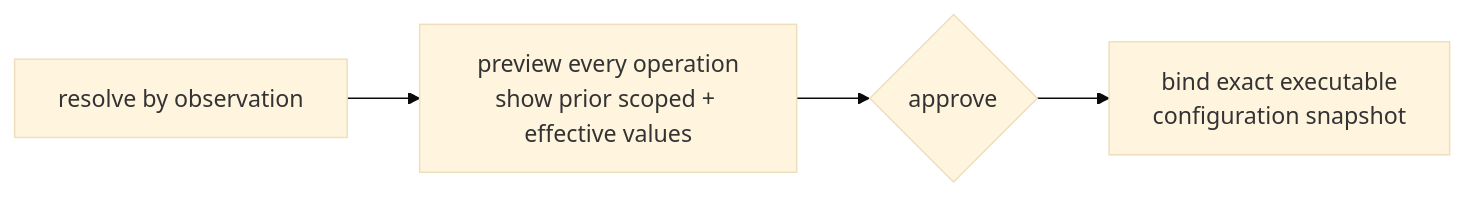
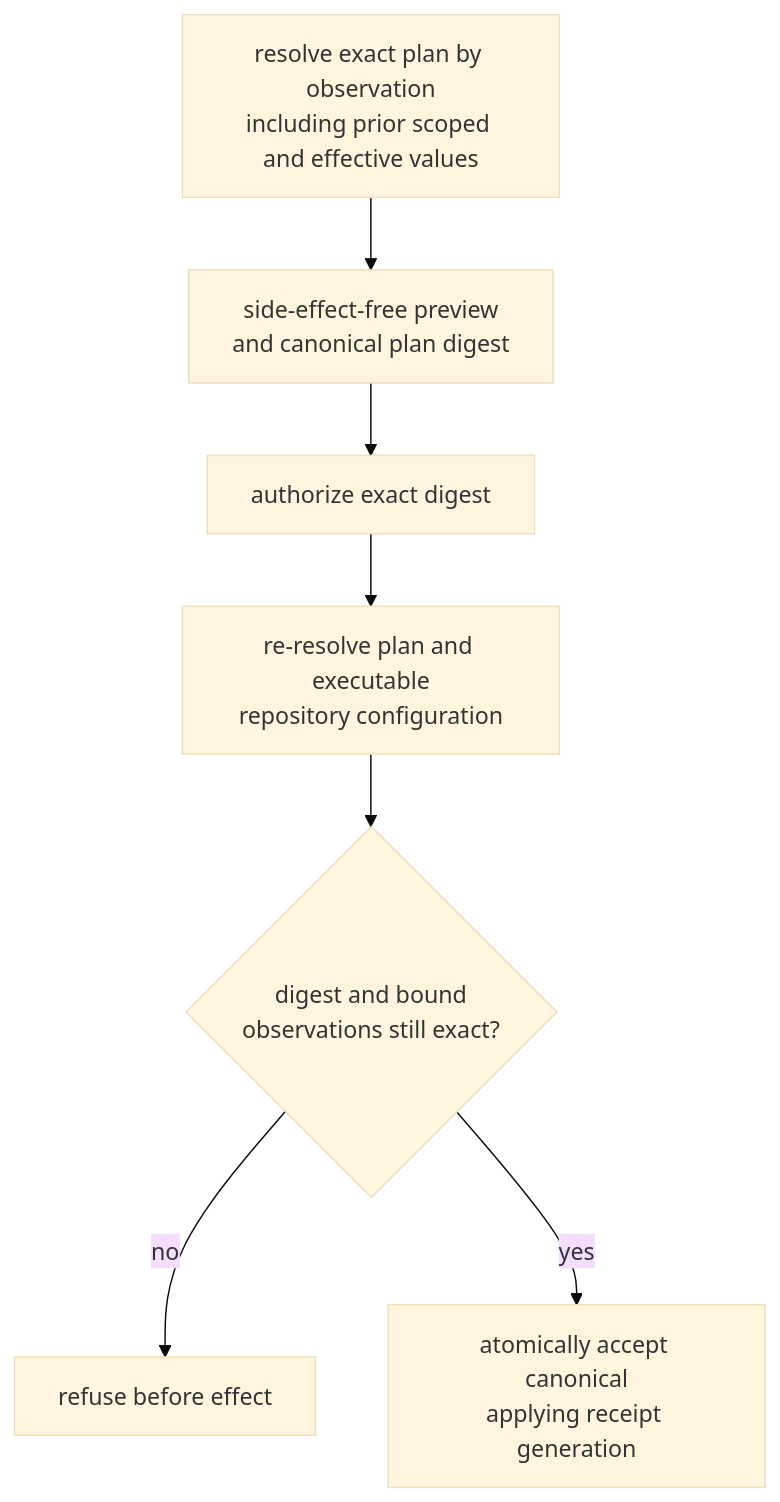
One commit to infimalabs/spice-rust changed the sixth of 10 diagrams in docs/product/planes/distribution.md. Above: the diagram before and after it, drawn with Mermaid (base theme). The commit also changed other lines of this file and 71 other files, not shown here.

````diff
--- a/docs/product/planes/distribution.md
+++ b/docs/product/planes/distribution.md
@@ -285,6 +303,9 @@
 ```mermaid
-flowchart LR
-  OBS["resolve by observation"] --> PRE["preview every operation<br/>show prior scoped + effective values"]
-  PRE --> APP{approve}
-  APP --> SNAP["bind exact executable<br/>configuration snapshot"]
+flowchart TD
+  OBS["resolve exact plan by observation<br/>including prior scoped and effective values"] --> PRE["side-effect-free preview<br/>and canonical plan digest"]
+  PRE --> APP["authorize exact digest"]
+  APP --> AGAIN["re-resolve plan and executable<br/>repository configuration"]
+  AGAIN --> SAME{"digest and bound<br/>observations still exact?"}
+  SAME -- no --> REF["refuse before effect"]
+  SAME -- yes --> ACCEPT["atomically accept canonical<br/>applying receipt generation"]
 ```
````
